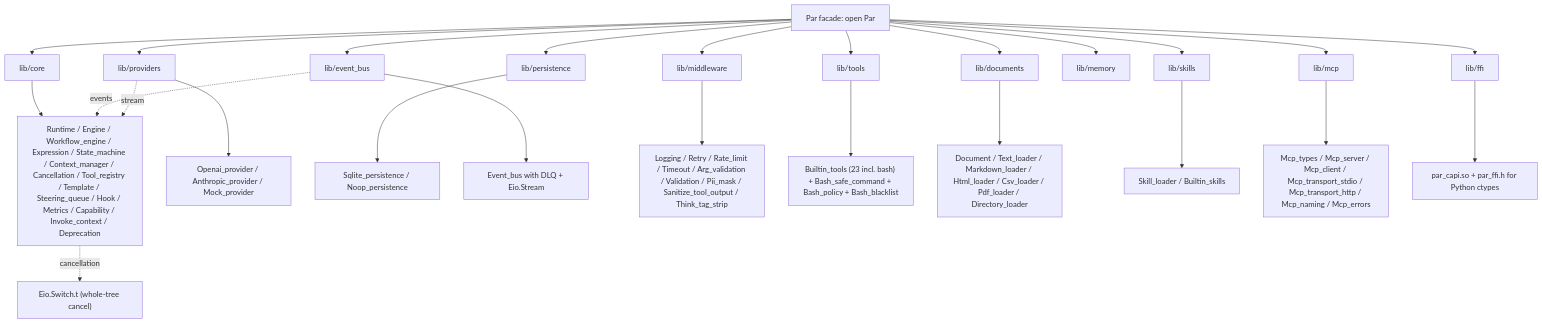
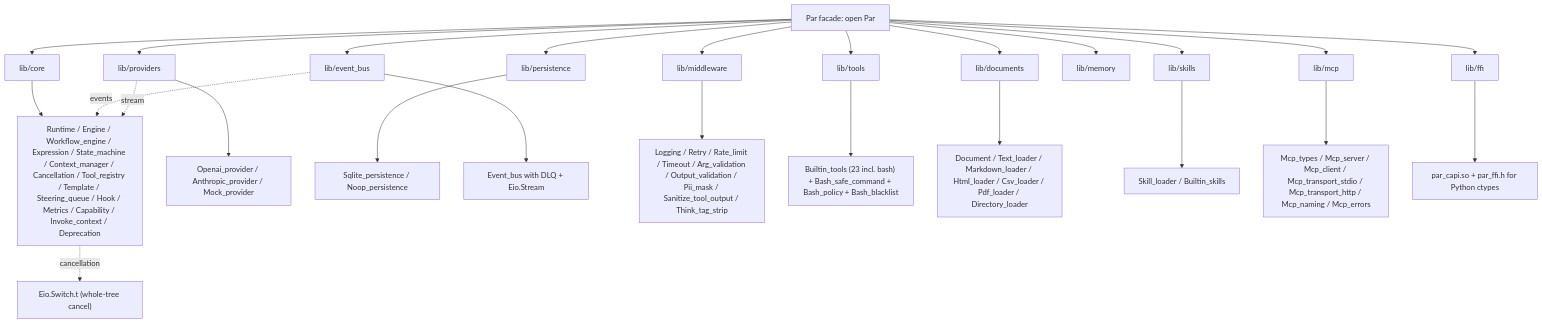
The diagram in docs/sdk/overview.md (jcz2020/par), drawn with Mermaid before and after one commit. The commit also changed other lines of this file and 5 other files, not shown here.

````diff
--- a/docs/sdk/overview.md
+++ b/docs/sdk/overview.md
@@ -25,28 +25,28 @@
 ```mermaid
 graph TD
   P["Par facade: open Par"]
   P --> CORE["lib/core"]
   P --> PROV["lib/providers"]
   P --> PERS["lib/persistence"]
   P --> EVB["lib/event_bus"]
   P --> MID["lib/middleware"]
   P --> TOOL["lib/tools"]
   P --> DOC["lib/documents"]
   P --> MEM["lib/memory"]
   P --> SKILL["lib/skills"]
   P --> MCP["lib/mcp"]
   P --> FFI["lib/ffi"]
   CORE --> RT["Runtime / Engine / Workflow_engine / Expression / State_machine / Context_manager / Cancellation / Tool_registry / Template / Steering_queue / Hook / Metrics / Capability / Invoke_context / Deprecation"]
   PROV --> PROV_API["Openai_provider / Anthropic_provider / Mock_provider"]
   PERS --> PERS_API["Sqlite_persistence / Noop_persistence"]
   EVB --> EVB_API["Event_bus with DLQ + Eio.Stream"]
-  MID --> MID_API["Logging / Retry / Rate_limit / Timeout / Arg_validation / Validation / Pii_mask / Sanitize_tool_output / Think_tag_strip"]
+  MID --> MID_API["Logging / Retry / Rate_limit / Timeout / Arg_validation / Output_validation / Pii_mask / Sanitize_tool_output / Think_tag_strip"]
   TOOL --> TOOL_API["Builtin_tools (23 incl. bash) + Bash_safe_command + Bash_policy + Bash_blacklist"]
   DOC --> DOC_API["Document / Text_loader / Markdown_loader / Html_loader / Csv_loader / Pdf_loader / Directory_loader"]
   SKILL --> SKILL_API["Skill_loader / Builtin_skills"]
   MCP --> MCP_API["Mcp_types / Mcp_server / Mcp_client / Mcp_transport_stdio / Mcp_transport_http / Mcp_naming / Mcp_errors"]
   FFI --> FFI_API["par_capi.so + par_ffi.h for Python ctypes"]
   RT -.cancellation.-> EIO["Eio.Switch.t (whole-tree cancel)"]
   EVB -.events.-> RT
   PROV -.stream.-> RT
 ```
````
